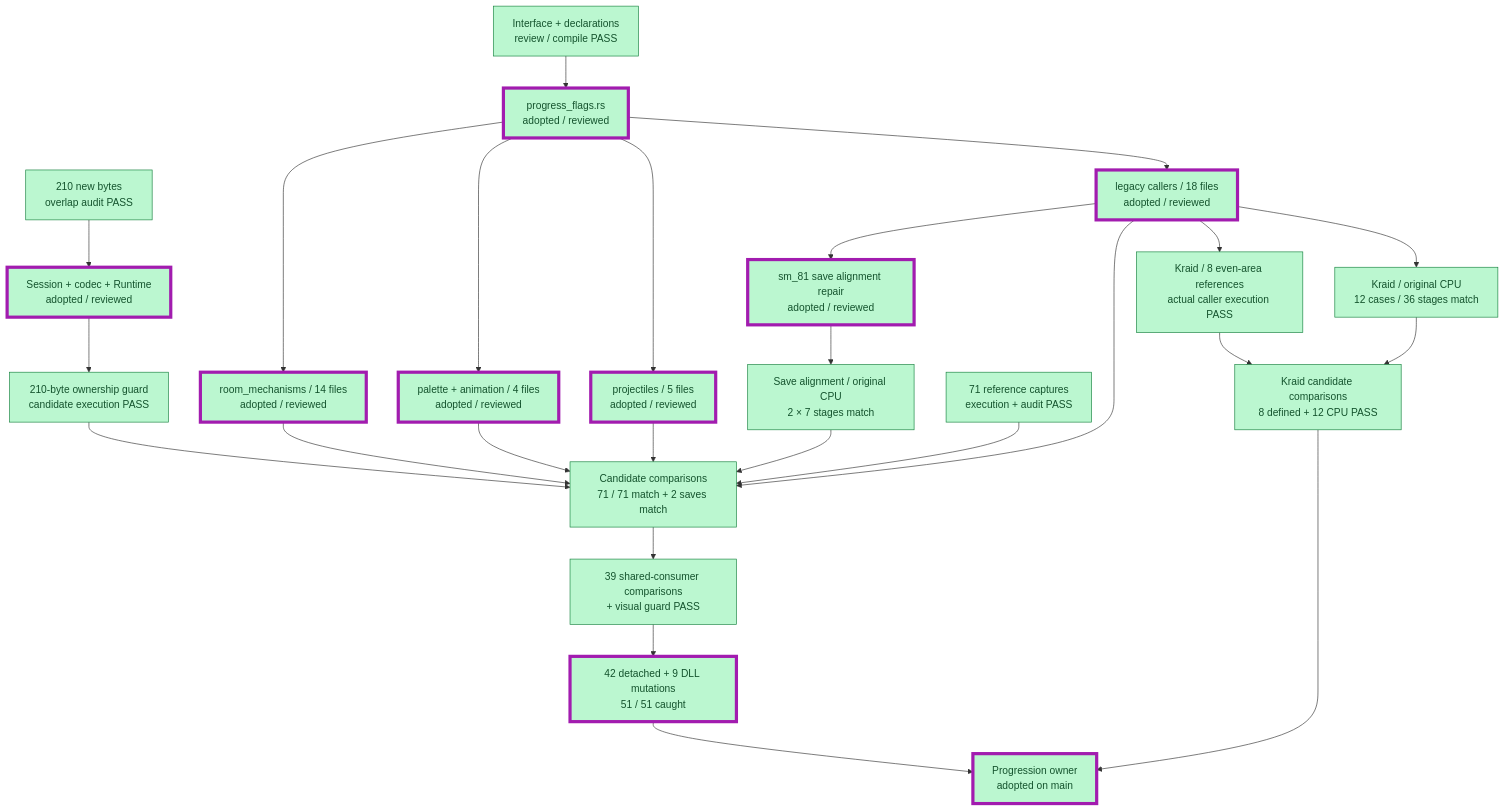
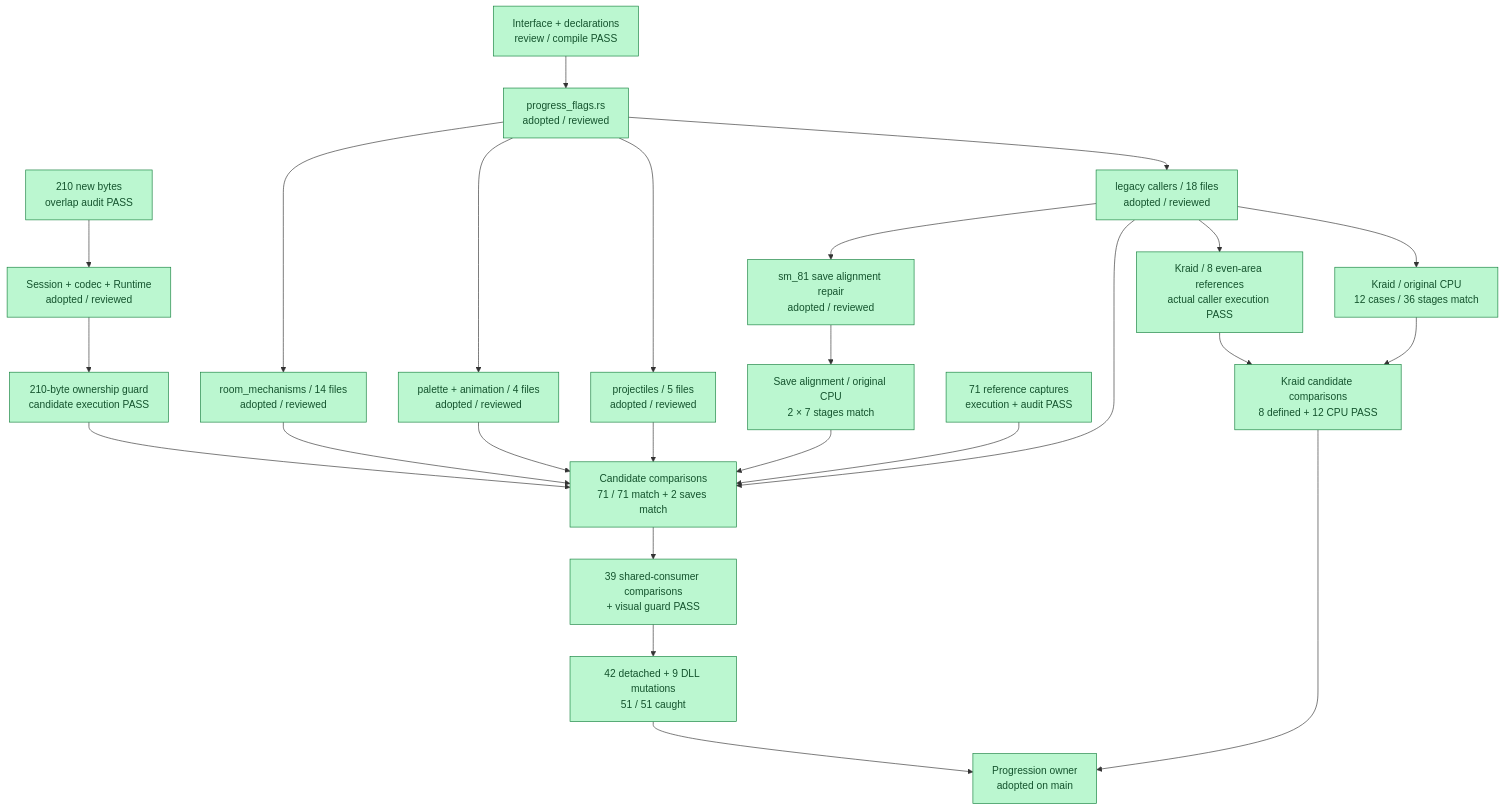
One commit to JimLundin/sm-decomp changed the third of 20 diagrams in PROGRESS.md. Above: the diagram before and after it, drawn with Mermaid. The commit also changed other lines of this file and 1 other file, not shown here.

````diff
--- a/PROGRESS.md
+++ b/PROGRESS.md
@@ -54,35 +65,34 @@
 ```mermaid
 flowchart TB
     FCONTRACT["Interface + declarations<br/>review / compile PASS"]:::done
     FUNION["210 new bytes<br/>overlap audit PASS"]:::done
     FCONTRACT --> FCORE["progress_flags.rs<br/>adopted / reviewed"]:::done
     FUNION --> FCODEC["Session + codec + Runtime<br/>adopted / reviewed"]:::done
     FCORE --> FPLM["room_mechanisms / 14 files<br/>adopted / reviewed"]:::done
     FCORE --> FVIS["palette + animation / 4 files<br/>adopted / reviewed"]:::done
     FCORE --> FEPR["projectiles / 5 files<br/>adopted / reviewed"]:::done
     FCORE --> FLEG["legacy callers / 18 files<br/>adopted / reviewed"]:::done
     FLEG --> FSAVE["sm_81 save alignment repair<br/>adopted / reviewed"]:::done
     FSAVE --> FCPU["Save alignment / original CPU<br/>2 × 7 stages match"]:::done
     FCODEC --> FGUARD["210-byte ownership guard<br/>candidate execution PASS"]:::done
     FBASE["71 reference captures<br/>execution + audit PASS"]:::done --> FCHECK["Candidate comparisons<br/>71 / 71 match + 2 saves match"]:::done
     FPLM --> FCHECK
     FVIS --> FCHECK
     FEPR --> FCHECK
     FLEG --> FCHECK
     FCPU --> FCHECK
     FGUARD --> FCHECK
     FCHECK --> FSHARED["39 shared-consumer comparisons<br/>+ visual guard PASS"]:::done
     FLEG --> FKEVEN["Kraid / 8 even-area references<br/>actual caller execution PASS"]:::done
     FLEG --> FKODD["Kraid / original CPU<br/>12 cases / 36 stages match"]:::done
     FSHARED --> FMUT["42 detached + 9 DLL mutations<br/>51 / 51 caught"]:::done
     FKEVEN --> FKCOMPARE["Kraid candidate comparisons<br/>8 defined + 12 CPU PASS"]:::done
     FKODD --> FKCOMPARE
     FKCOMPARE --> FADOPT
     FMUT --> FADOPT["Progression owner<br/>adopted on main"]:::done
-    class FCORE,FCODEC,FPLM,FVIS,FEPR,FLEG,FSAVE,FMUT,FADOPT changed
     classDef done fill:#bbf7d0,stroke:#15803d,color:#14532d
     classDef draft fill:#bfdbfe,stroke:#2563eb,color:#1e3a8a
     classDef active fill:#fed7aa,stroke:#ea580c,color:#7c2d12
     classDef pending fill:#f1f5f9,stroke:#94a3b8,color:#475569,stroke-dasharray:5 5
     classDef changed stroke:#a21caf,stroke-width:5px
 ```
````
